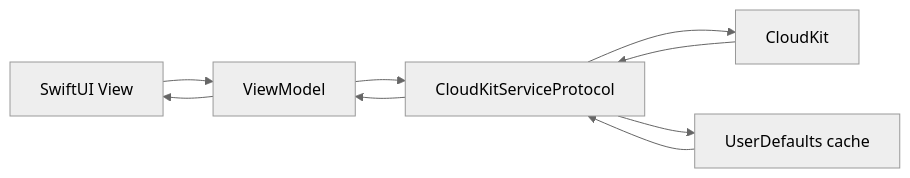
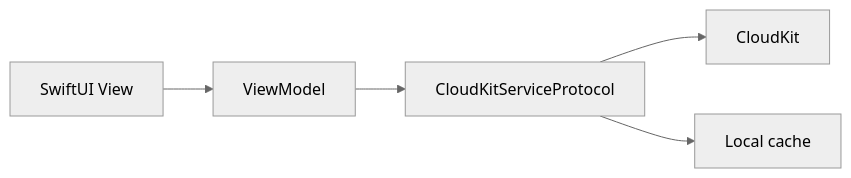
Before and after one commit to martinnss/pekis: the first of 2 diagrams in ARCHITECTURE.md, drawn with Mermaid (neutral theme). The commit also changed other lines of this file and 6 other files, not shown here.

````diff
--- a/ARCHITECTURE.md
+++ b/ARCHITECTURE.md
@@ -117,11 +40,7 @@
 ```mermaid
 graph LR
     View[SwiftUI View] --> VM[ViewModel]
     VM --> Service[CloudKitServiceProtocol]
     Service --> CK[CloudKit]
-    Service --> Cache[UserDefaults cache]
-    CK --> Service
-    Cache --> Service
-    Service --> VM
-    VM --> View
+    Service --> Cache[Local cache]
 ```
````
